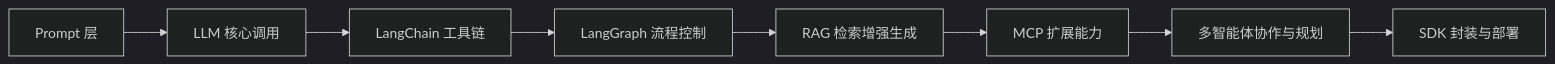
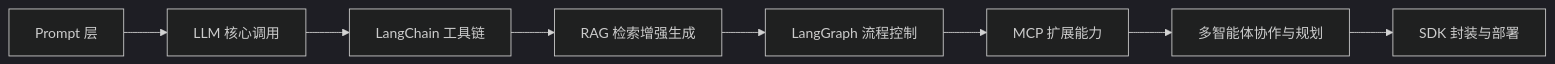
The diagram in README.md (Annyfee/agent-craft), drawn with Mermaid (dark theme) before and after one commit.

````diff
--- a/README.md
+++ b/README.md
@@ -85,10 +85,10 @@
 ```mermaid
 flowchart LR
     A[Prompt 层] --> B[LLM 核心调用]
     B --> C[LangChain 工具链]
-    C --> D[LangGraph 流程控制]
-    D --> E[RAG 检索增强生成]
+    C --> D[RAG 检索增强生成]
+    D --> E[LangGraph 流程控制]
     E --> F[MCP 扩展能力]
     F --> G[多智能体协作与规划]
     G --> H[SDK 封装与部署]
 ```
````
